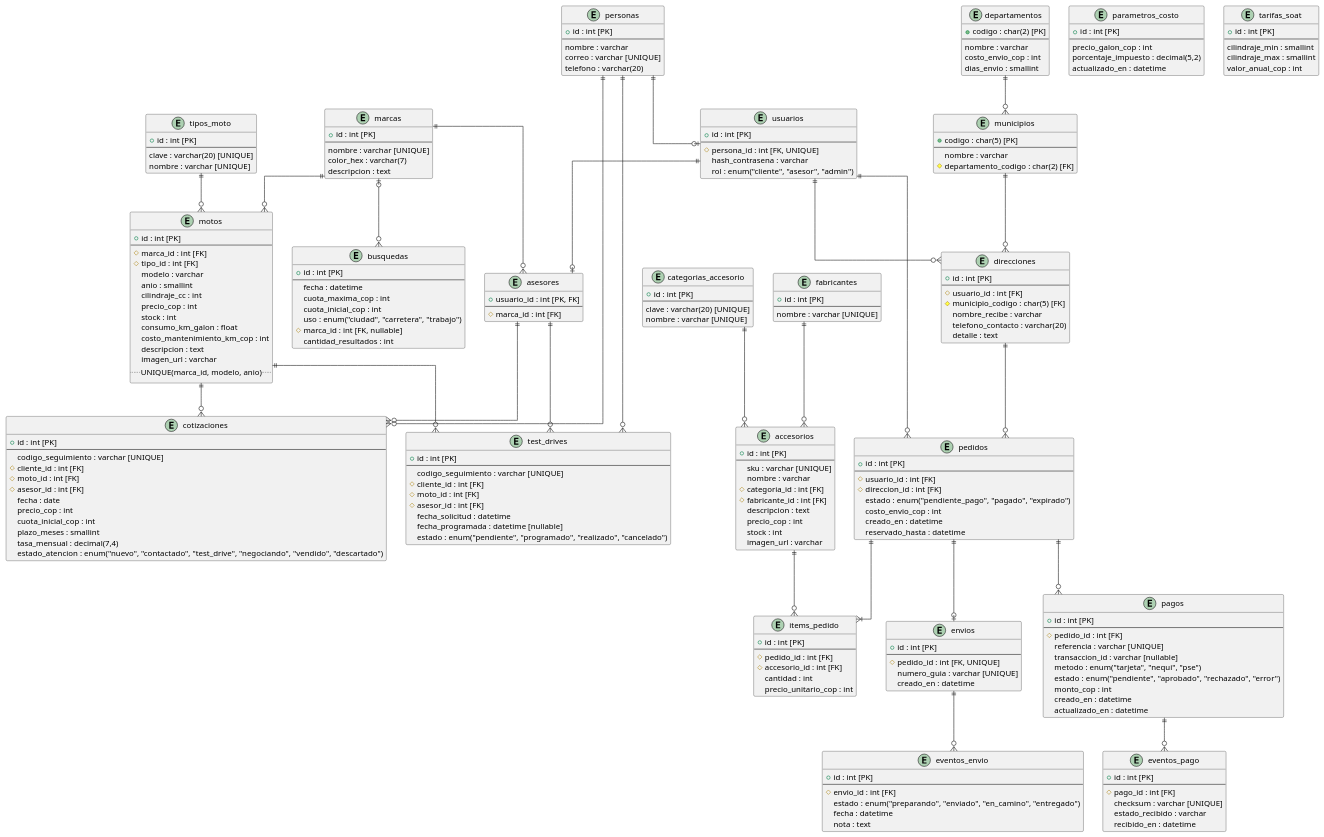
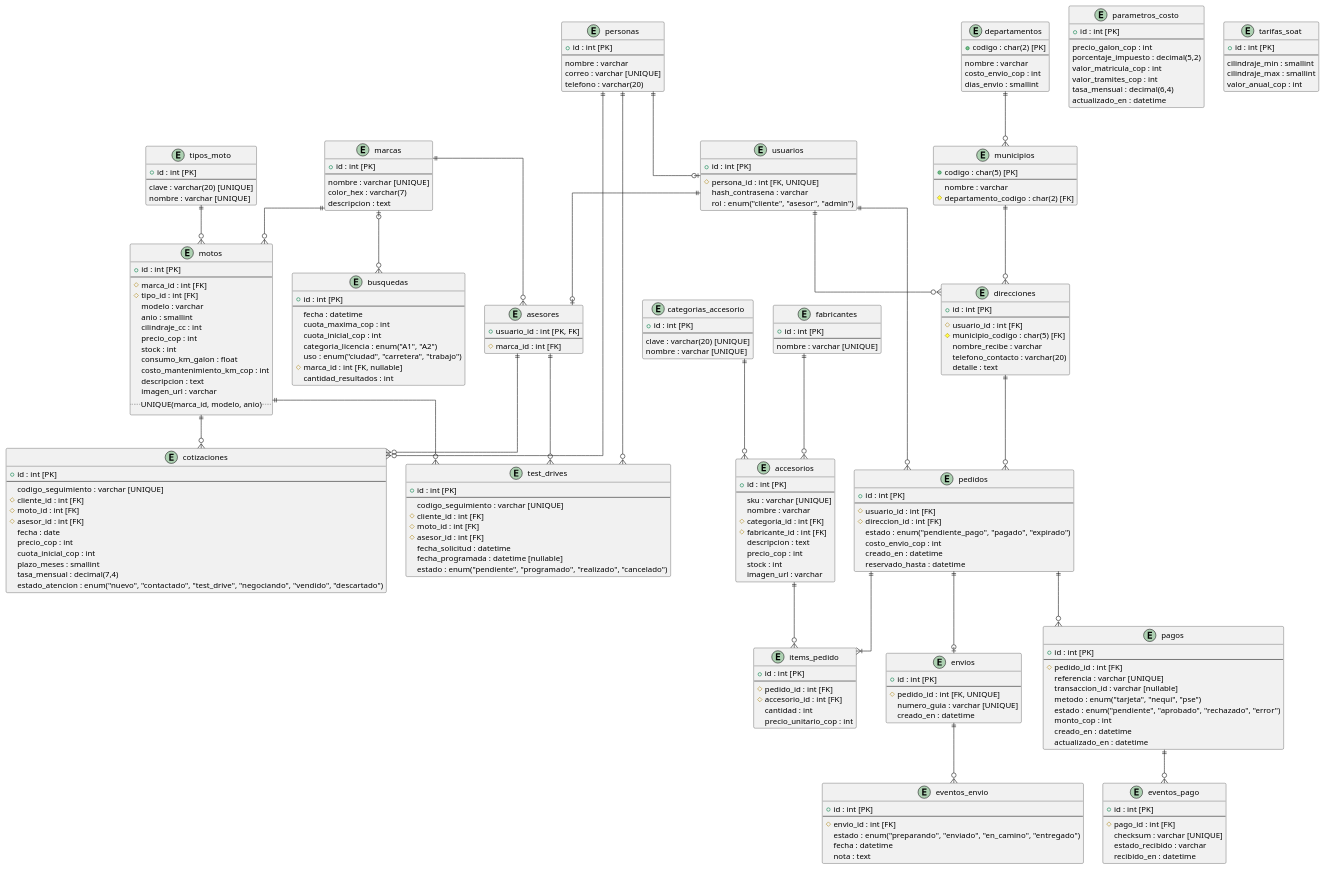
One commit to Andresg9805/concesionario-motos changed the diagram in docs/uml/fuentes/modelo-logico-relacional.puml. Above: the diagram before and after it, drawn with PlantUML. The commit also changed 19 other files, not shown here.

```diff
--- a/docs/uml/fuentes/modelo-logico-relacional.puml
+++ b/docs/uml/fuentes/modelo-logico-relacional.puml
@@ -38,6 +38,9 @@
   --
   precio_galon_cop : int
   porcentaje_impuesto : decimal(5,2)
+  valor_matricula_cop : int
+  valor_tramites_cop : int
+  tasa_mensual : decimal(6,4)
   actualizado_en : datetime
 }
 
@@ -55,6 +58,7 @@
   fecha : datetime
   cuota_maxima_cop : int
   cuota_inicial_cop : int
+  categoria_licencia : enum("A1", "A2")
   uso : enum("ciudad", "carretera", "trabajo")
   # marca_id : int [FK, nullable]
   cantidad_resultados : int
```
